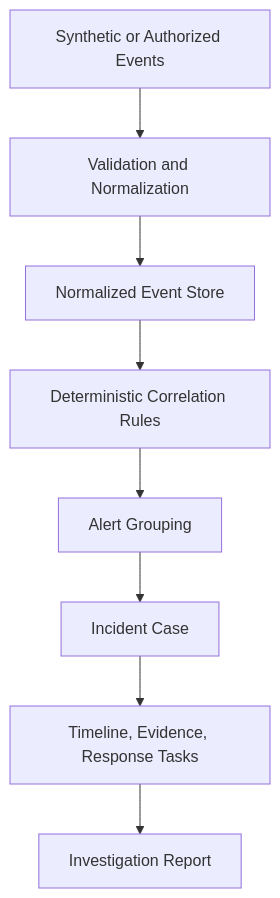
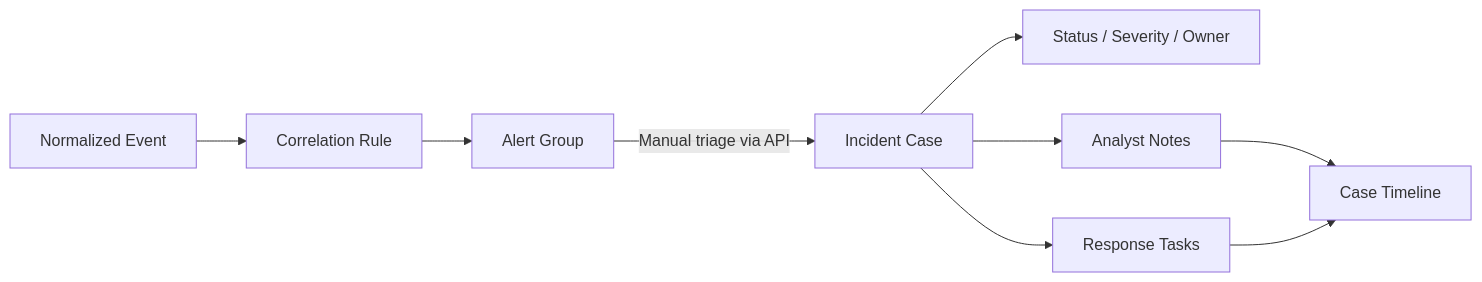
The second of 3 diagrams in README.md (tracolerd/casewire-soc), drawn with Mermaid before and after one commit. The commit also changed other lines of this file, not shown here.

```diff
--- a/README.md
+++ b/README.md
@@ -33,10 +107,11 @@
 ~~~mermaid
-flowchart TD
-    A[Synthetic or Authorized Events] --> B[Validation and Normalization]
-    B --> C[Normalized Event Store]
-    C --> D[Deterministic Correlation Rules]
-    D --> E[Alert Grouping]
-    E --> F[Incident Case]
-    F --> G[Timeline, Evidence, Response Tasks]
-    G --> H[Investigation Report]
+flowchart LR
+    E[Normalized Event] --> R[Correlation Rule]
+    R --> A[Alert Group]
+    A -->|Manual triage via API| C[Incident Case]
+    C --> S[Status / Severity / Owner]
+    C --> N[Analyst Notes]
+    C --> T[Response Tasks]
+    N --> TL[Case Timeline]
+    T --> TL
 ~~~
```
